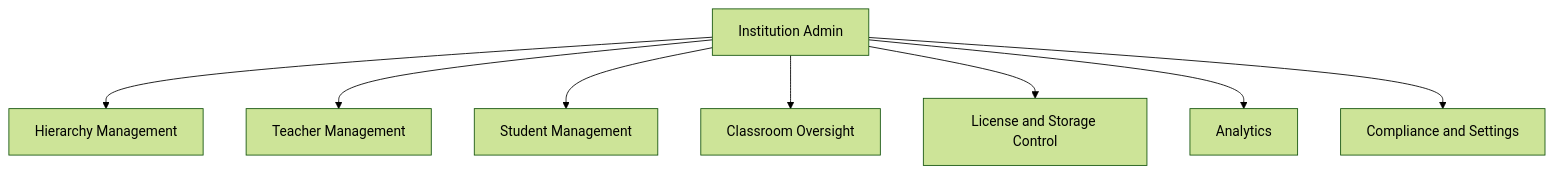
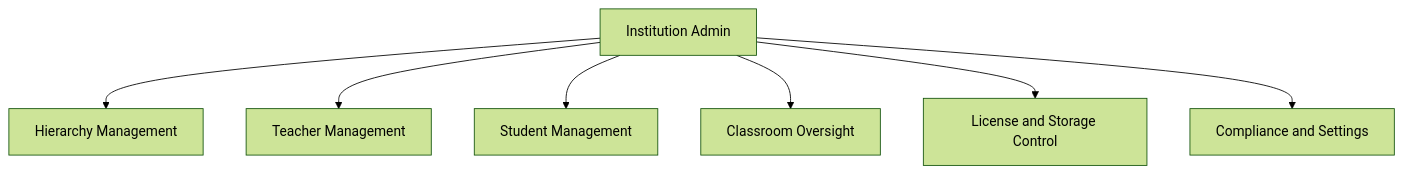
Before and after one commit to wq-org/wq-app: the first of 2 diagrams in docs/domain/02_institution.md, drawn with Mermaid (forest theme). The commit also changed other lines of this file and 12 other files, not shown here.

````diff
--- a/docs/domain/02_institution.md
+++ b/docs/domain/02_institution.md
@@ -20,11 +23,10 @@
 ```mermaid
 flowchart TD
   IA[Institution Admin]
   IA --> H[Hierarchy Management]
   IA --> TM[Teacher Management]
   IA --> SM[Student Management]
   IA --> CRO[Classroom Oversight]
   IA --> LSC[License and Storage Control]
-  IA --> AN[Analytics]
   IA --> CMP[Compliance and Settings]
 ```
````
